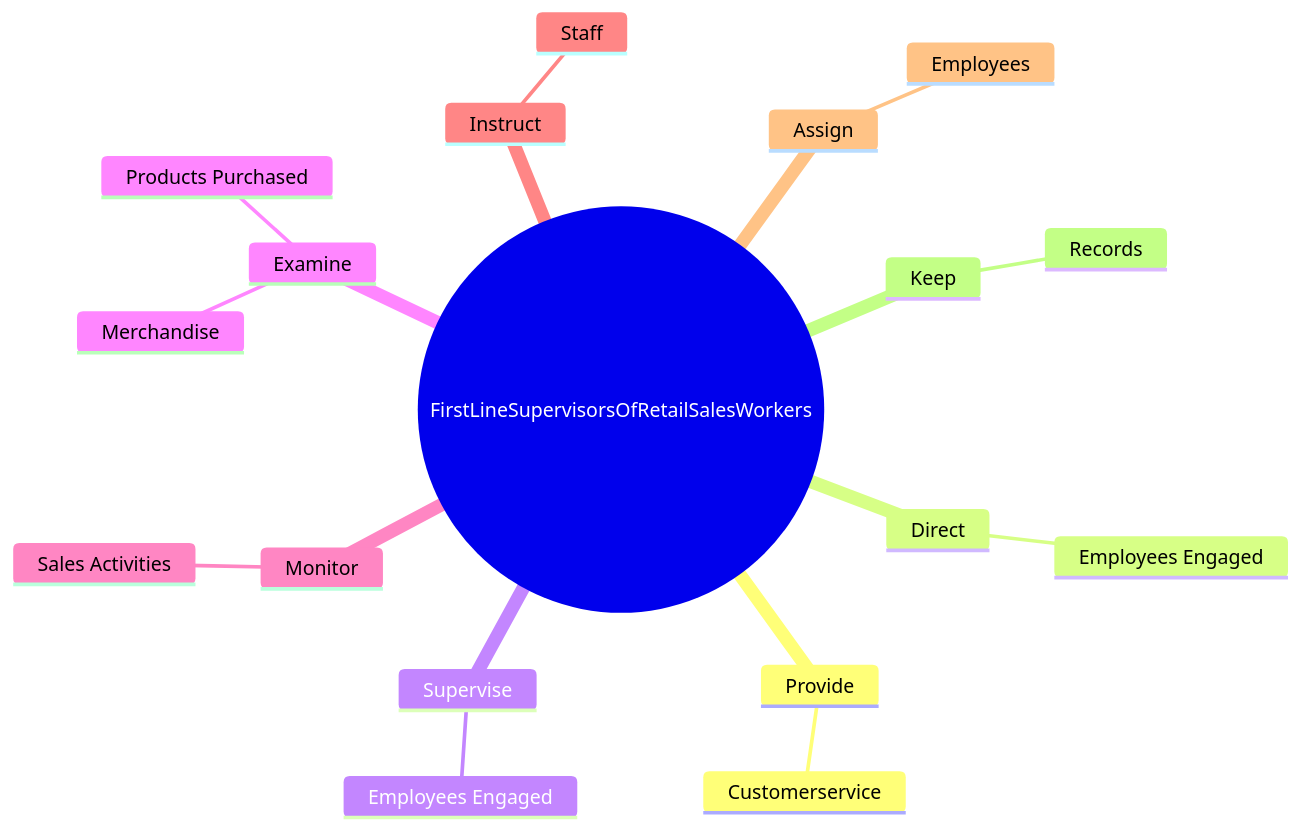
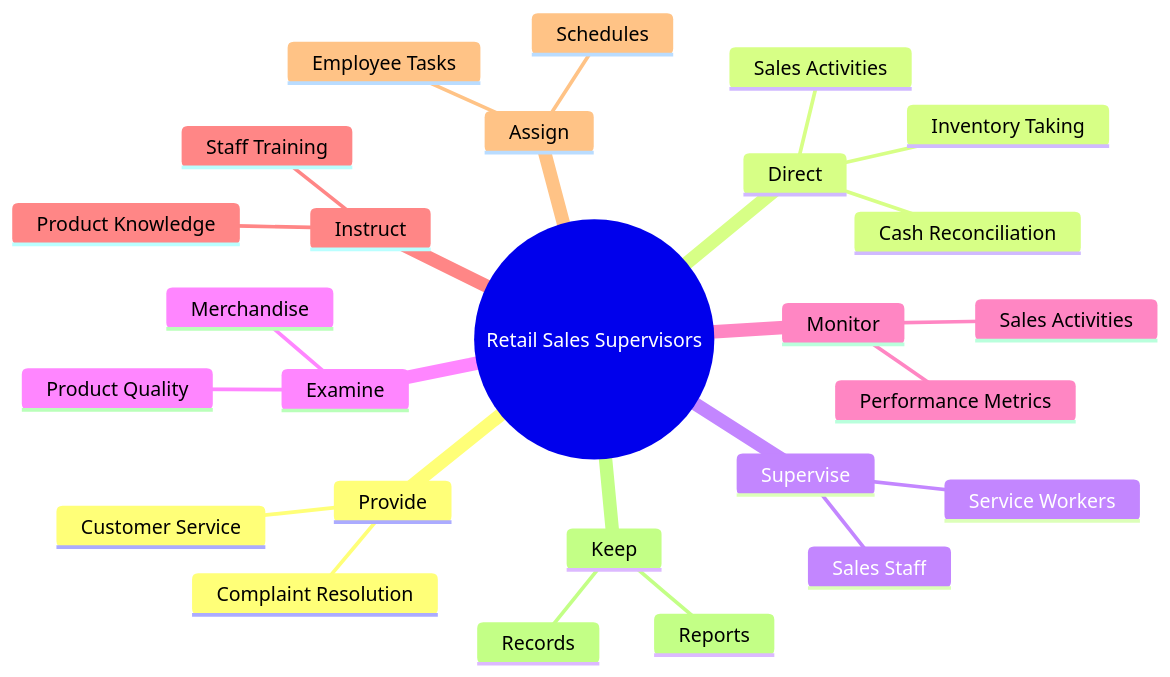
Before and after one commit to kziemski/business.org.ai: the second of 4 diagrams in occupations/Sales/FirstLineSupervisorsOfRetailSalesWorkers.mdx, drawn with Mermaid. The commit also changed other lines of this file and 938 other files, not shown here.

````diff
--- a/occupations/Sales/FirstLineSupervisorsOfRetailSalesWorkers.mdx
+++ b/occupations/Sales/FirstLineSupervisorsOfRetailSalesWorkers.mdx
@@ -37,21 +45,29 @@
 ```mermaid
 mindmap
-    root(("FirstLineSupervisorsOfRetailSalesWorkers"))
+    root(("Retail Sales Supervisors"))
         Provide
-            Customerservice
+            Customer Service
+            Complaint Resolution
         Direct
-            Employees Engaged
+            Sales Activities
+            Inventory Taking
+            Cash Reconciliation
         Supervise
-            Employees Engaged
+            Sales Staff
+            Service Workers
         Examine
             Merchandise
-            Products Purchased
+            Product Quality
         Monitor
             Sales Activities
+            Performance Metrics
         Instruct
-            Staff
+            Staff Training
+            Product Knowledge
         Assign
-            Employees
+            Employee Tasks
+            Schedules
         Keep
             Records
+            Reports
 ```
````
